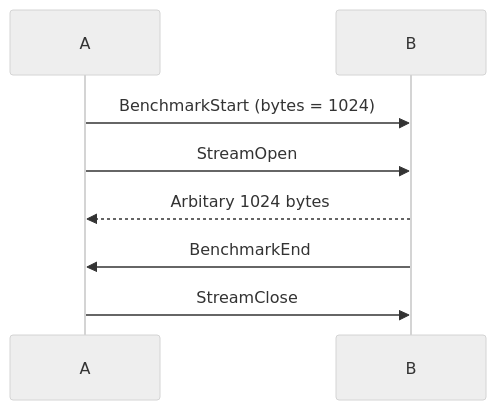
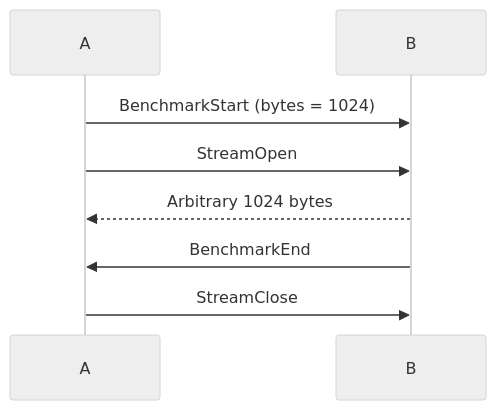
One commit to zako-ac/protofish changed the third of 3 diagrams in protofish/protofish.md. Above: the diagram before and after it, drawn with Mermaid (neutral theme). The commit also changed other lines of this file, not shown here.

````diff
--- a/protofish/protofish.md
+++ b/protofish/protofish.md
@@ -267,8 +267,8 @@
 ```mermaid
 sequenceDiagram
     A->>B: BenchmarkStart (bytes = 1024)
     A->>B: StreamOpen
-    B-->>A: Arbitary 1024 bytes
+    B-->>A: Arbitrary 1024 bytes
     B->>A: BenchmarkEnd
     A->>B: StreamClose
 ```
````
